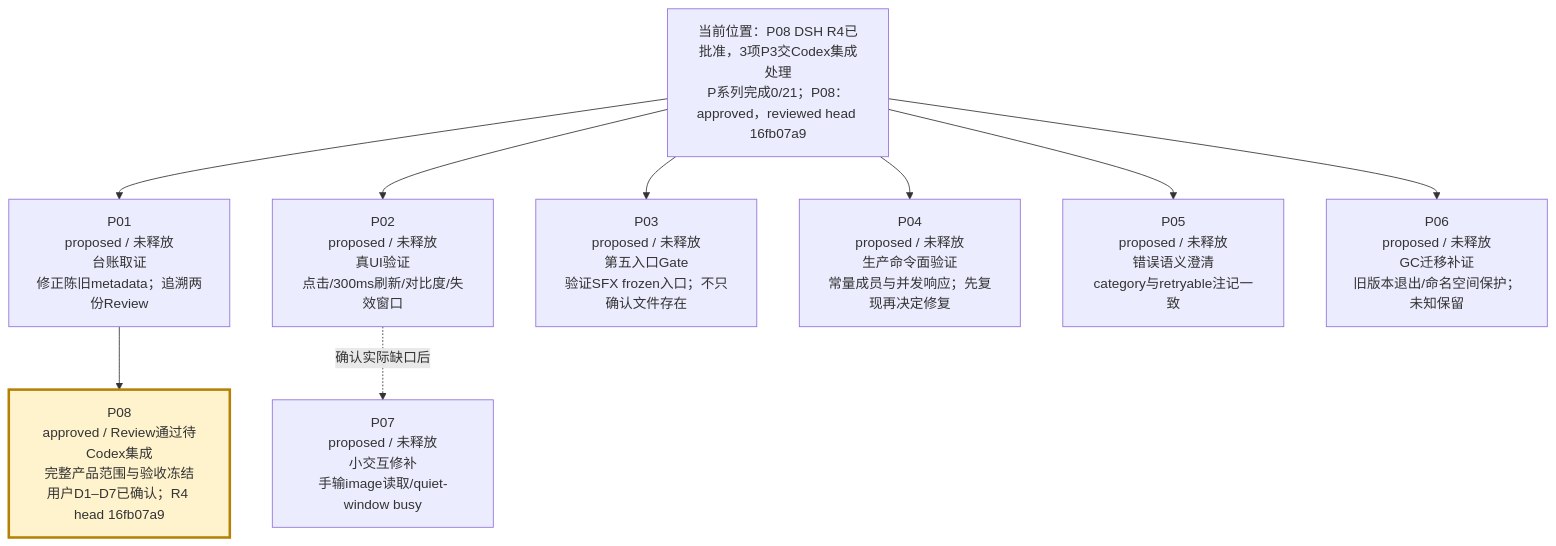
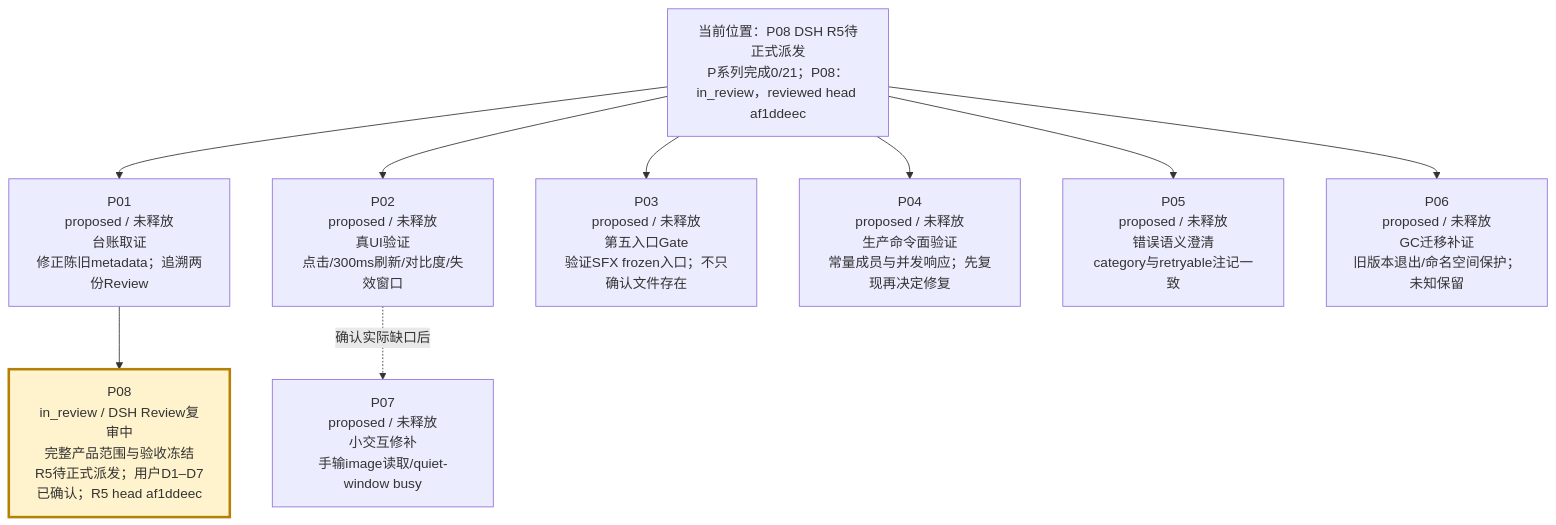
Before and after one commit to peakwheat-pixel/New-Manga: the second of 4 diagrams in verification/PROJECT-ROADMAP-20261008/ROADMAP.md, drawn with Mermaid. The commit also changed other lines of this file and 12 other files, not shown here.

````diff
--- a/verification/PROJECT-ROADMAP-20261008/ROADMAP.md
+++ b/verification/PROJECT-ROADMAP-20261008/ROADMAP.md
@@ -30,12 +30,12 @@
 ```mermaid
 flowchart TB
-  BASE["当前位置：P08 DSH R4已批准，3项P3交Codex集成处理<br/>P系列完成0/21；P08：approved，reviewed head 16fb07a9"] --> P01["P01<br/>proposed / 未释放<br/>台账取证<br/>修正陈旧metadata；追溯两份Review"]
+  BASE["当前位置：P08 DSH R5待正式派发<br/>P系列完成0/21；P08：in_review，reviewed head af1ddeec"] --> P01["P01<br/>proposed / 未释放<br/>台账取证<br/>修正陈旧metadata；追溯两份Review"]
   BASE --> P02["P02<br/>proposed / 未释放<br/>真UI验证<br/>点击/300ms刷新/对比度/失效窗口"]
   BASE --> P03["P03<br/>proposed / 未释放<br/>第五入口Gate<br/>验证SFX frozen入口；不只确认文件存在"]
   BASE --> P04["P04<br/>proposed / 未释放<br/>生产命令面验证<br/>常量成员与并发响应；先复现再决定修复"]
   BASE --> P05["P05<br/>proposed / 未释放<br/>错误语义澄清<br/>category与retryable注记一致"]
   BASE --> P06["P06<br/>proposed / 未释放<br/>GC迁移补证<br/>旧版本退出/命名空间保护；未知保留"]
   P02 -. "确认实际缺口后" .-> P07["P07<br/>proposed / 未释放<br/>小交互修补<br/>手输image读取/quiet-window busy"]
-  P01 --> P08["P08<br/>approved / Review通过待Codex集成<br/>完整产品范围与验收冻结<br/>用户D1–D7已确认；R4 head 16fb07a9"]
+  P01 --> P08["P08<br/>in_review / DSH Review复审中<br/>完整产品范围与验收冻结<br/>R5待正式派发；用户D1–D7已确认；R5 head af1ddeec"]
   style P08 fill:#fff3cd,stroke:#b58105,stroke-width:3px
 ```
````
